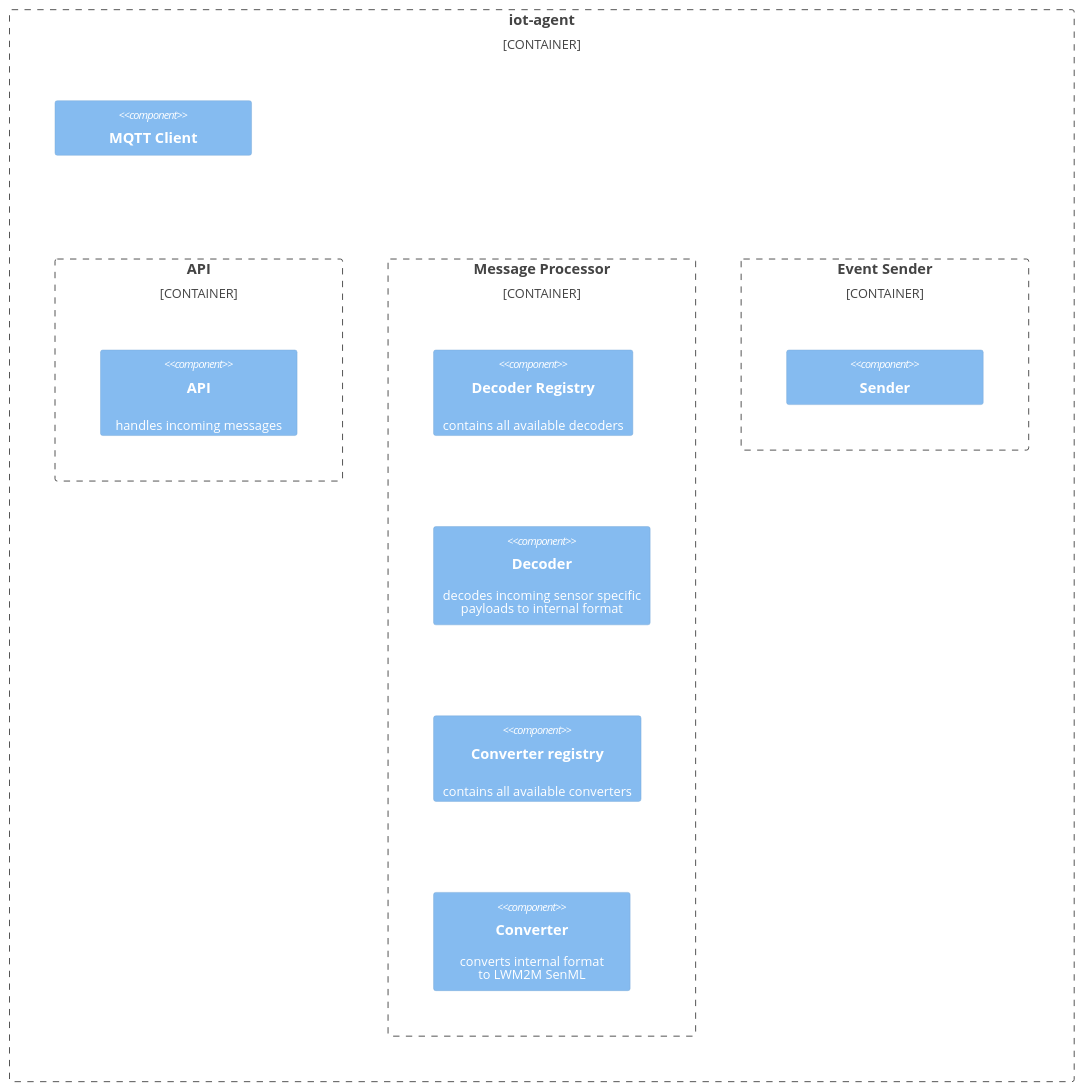
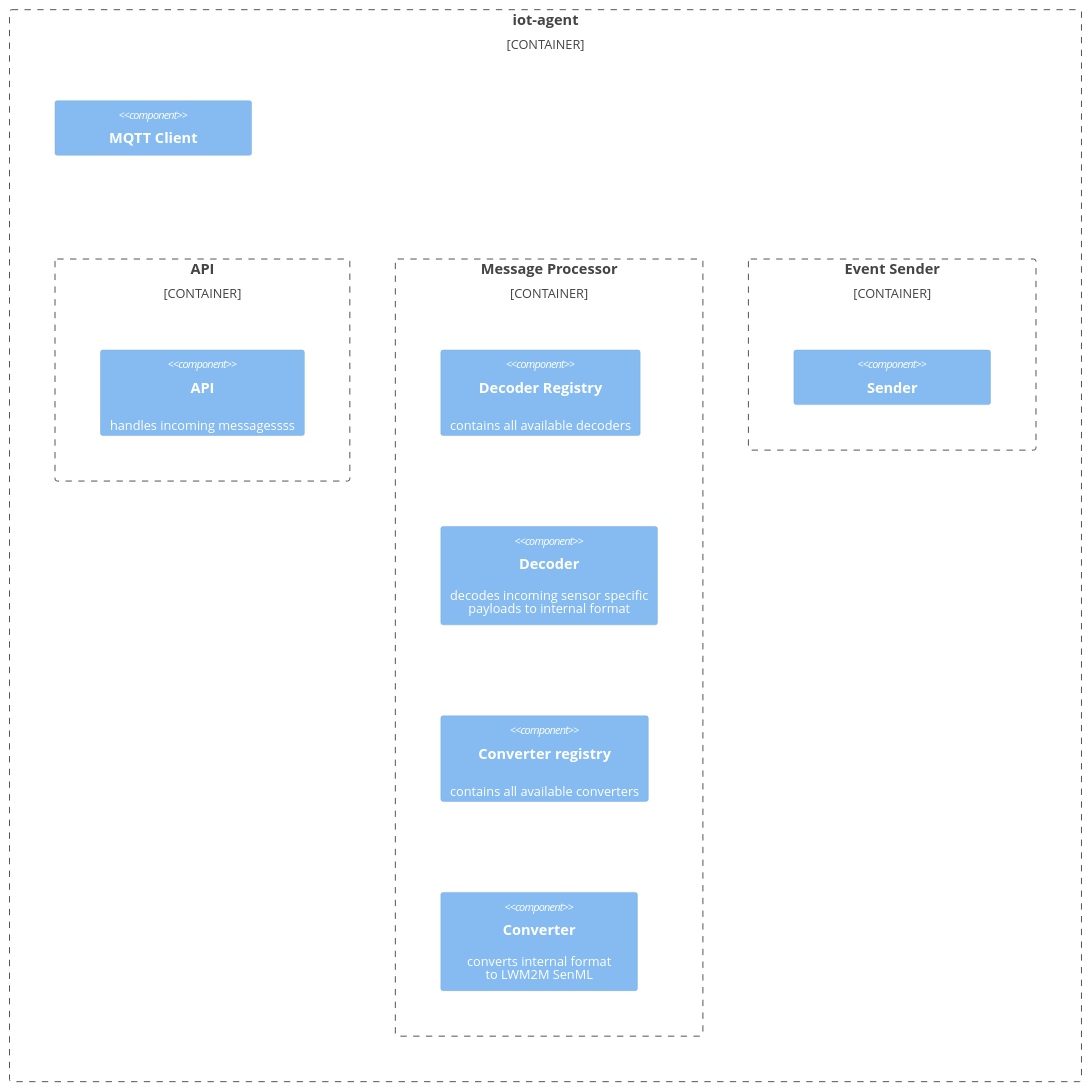
Before and after one commit to diwise/diwise.github.io: the diagram in site/content/services/iot-agent/_index.md, drawn with Mermaid. The commit also changed other lines of this file and 1 other file, not shown here.

```diff
--- a/site/content/services/iot-agent/_index.md
+++ b/site/content/services/iot-agent/_index.md
@@ -8,27 +10,27 @@
 {{< mermaid >}}
 C4Component
 
     Container_Boundary(b1, "iot-agent") {
 
         Container_Boundary(apib, "API") {
-            Component(api, "API", "", "handles incoming messages")
+            Component(api, "API", "", "handles incoming messagessss")
         }
 
         Container_Boundary(msgp, "Message Processor") {
             Component(decoderreg, "Decoder Registry", "", "contains all available decoders")
             Component(decoder, "Decoder", "", "decodes incoming sensor specific<br>payloads to internal format")
             Component(converterreg, "Converter registry", "", "contains all available converters")
             Component(converter, "Converter", "", "converts internal format<br>to LWM2M SenML")
         }
 
         Container_Boundary(evts, "Event Sender") {
             Component(sender, "Sender")
         }
 
         Component(mqtt-client, "MQTT Client")
 
     }
 
     UpdateLayoutConfig($c4ShapeInRow="3", $c4BoundaryInRow="3")
 
 {{< /mermaid >}}
```
